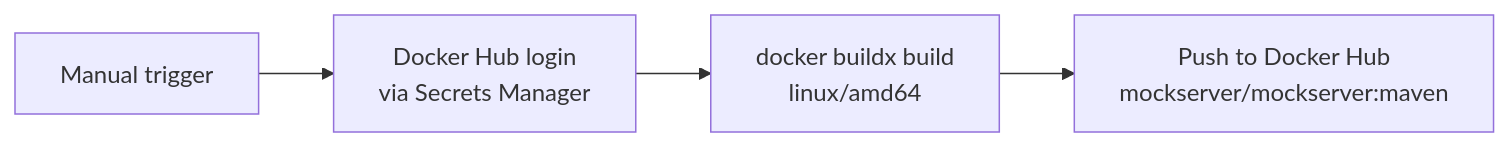
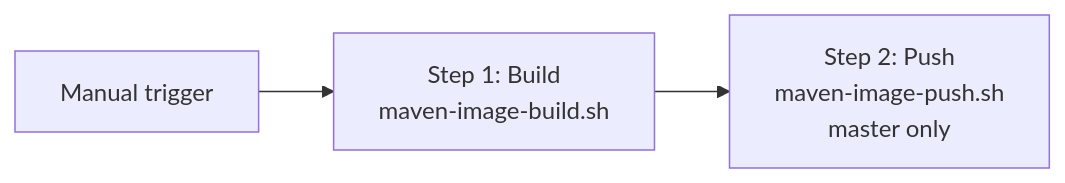
The fourth of 6 diagrams in docs/infrastructure/ci-cd.md (mock-server/mockserver), drawn with Mermaid before and after one commit. The commit also changed other lines of this file and 4 other files, not shown here.

````diff
--- a/docs/infrastructure/ci-cd.md
+++ b/docs/infrastructure/ci-cd.md
@@ -217,9 +222,8 @@
 ```mermaid
 flowchart LR
-    TRIGGER[Manual trigger] --> LOGIN["Docker Hub login
-via Secrets Manager"]
-    LOGIN --> BUILD["docker buildx build
-linux/amd64"]
-    BUILD --> PUSH["Push to Docker Hub
-mockserver/mockserver:maven"]
+    TRIGGER[Manual trigger] --> BUILD["Step 1: Build
+maven-image-build.sh"]
+    BUILD --> PUSH["Step 2: Push
+maven-image-push.sh
+master only"]
 ```
````
